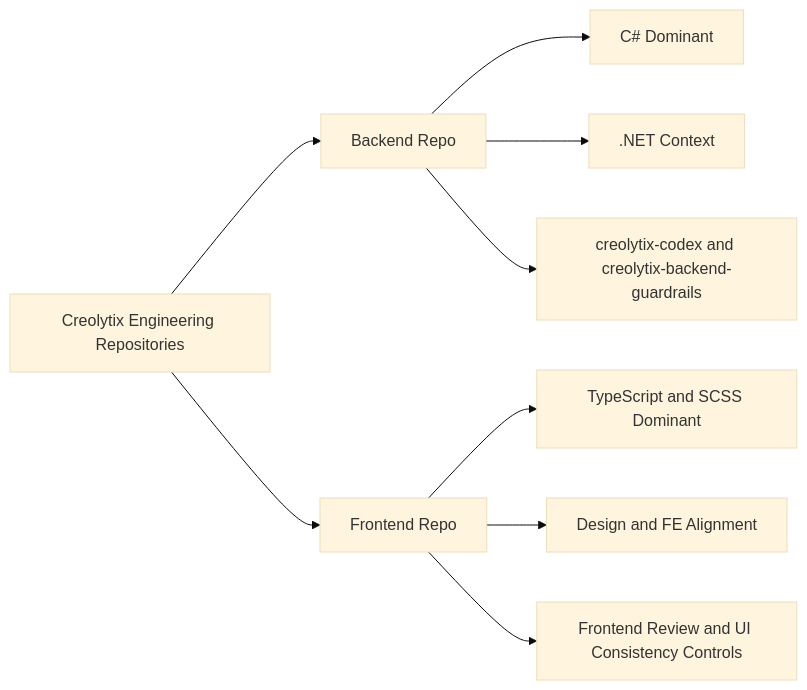
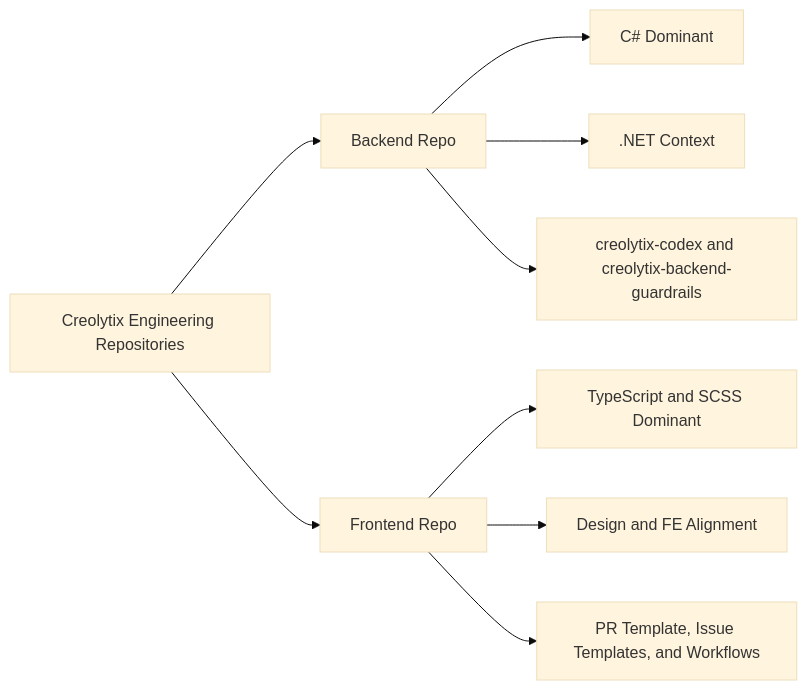
One commit to refat-asadullah-creolytix-dev/refat-asadullah-creolytix-dev changed diagram 14 of 26 in creolytix-ai-delivery-model.md. Above: the diagram before and after it, drawn with Mermaid (base theme). The commit also changed other lines of this file, not shown here.

````diff
--- a/creolytix-ai-delivery-model.md
+++ b/creolytix-ai-delivery-model.md
@@ -473,13 +560,13 @@
 ```mermaid
 flowchart LR
     A[Creolytix Engineering Repositories] --> B[Backend Repo]
     A --> C[Frontend Repo]
 
     B --> B1[C# Dominant]
     B --> B2[.NET Context]
     B --> B3[creolytix-codex and creolytix-backend-guardrails]
 
     C --> C1[TypeScript and SCSS Dominant]
     C --> C2[Design and FE Alignment]
-    C --> C3[Frontend Review and UI Consistency Controls]
+    C --> C3[PR Template, Issue Templates, and Workflows]
 ```
````
